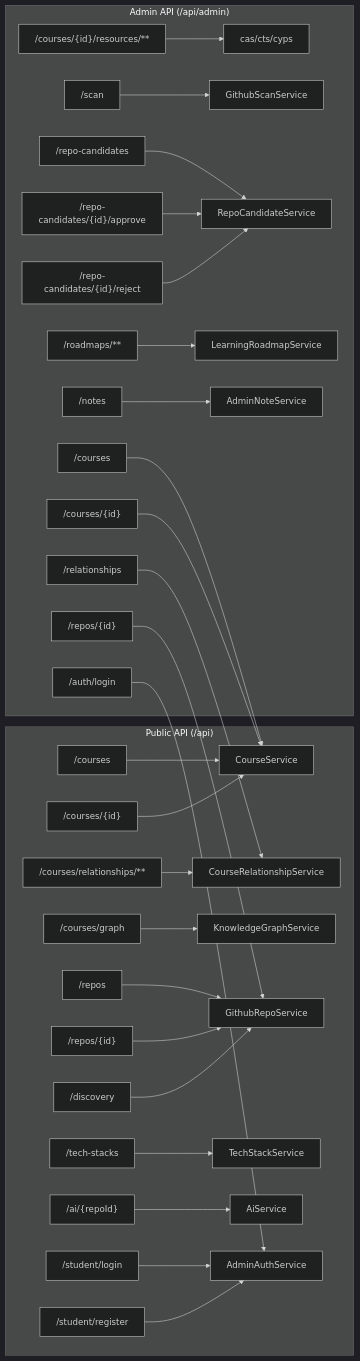
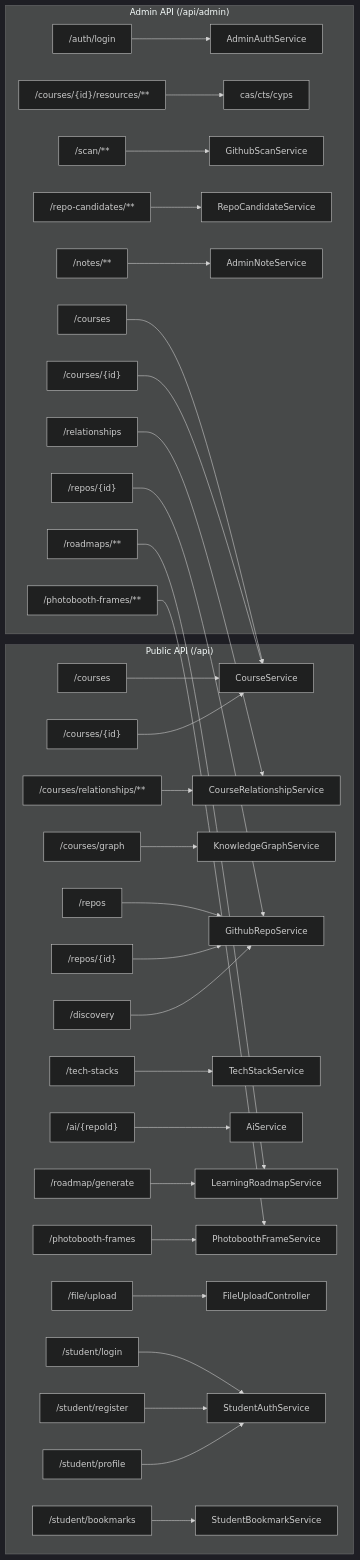
One commit to huyhoang171106/DevOrbit changed the third of 9 diagrams in docs/ARCHITECTURE.md. Above: the diagram before and after it, drawn with Mermaid (dark theme). The commit also changed other lines of this file and 3743 other files, not shown here.

````diff
--- a/docs/ARCHITECTURE.md
+++ b/docs/ARCHITECTURE.md
@@ -167,31 +184,35 @@
 ```mermaid
 graph LR
   subgraph "Public API (/api)"
     pc["/courses"] --> cs[CourseService]
     pc2["/courses/{id}"] --> cs
     pc3["/courses/relationships/**"] --> crs[CourseRelationshipService]
     pc4["/courses/graph"] --> kgs[KnowledgeGraphService]
     prc["/repos"] --> grs[GithubRepoService]
     prc2["/repos/{id}"] --> grs
     ptsc["/tech-stacks"] --> tss[TechStackService]
     pai["/ai/{repoId}"] --> ais[AiService]
     pdc["/discovery"] --> grs
-    sl["/student/login"] --> aas[AdminAuthService]
-    sr["/student/register"] --> aas
+    prd["/roadmap/generate"] --> ls[LearningRoadmapService]
+    ppf["/photobooth-frames"] --> pfs[PhotoboothFrameService]
+    psc["/file/upload"] --> fuc[FileUploadController]
+    sl["/student/login"] --> sas[StudentAuthService]
+    sr["/student/register"] --> sas
+    sb["/student/bookmarks"] --> sbs[StudentBookmarkService]
+    sp["/student/profile"] --> sas
   end
 
   subgraph "Admin API (/api/admin)"
-    aa["/auth/login"] --> aas
+    aa["/auth/login"] --> aas[AdminAuthService]
     ac["/courses"] --> cs
     ac2["/courses/{id}"] --> cs
     acr["/courses/{id}/resources/**"] --> cas/cts/cyps
-    ag["/scan"] --> gss[GithubScanService]
-    agc["/repo-candidates"] --> rcs[RepoCandidateService]
-    agc2["/repo-candidates/{id}/approve"] --> rcs
-    agc3["/repo-candidates/{id}/reject"] --> rcs
+    ag["/scan/**"] --> gss[GithubScanService]
+    agc["/repo-candidates/**"] --> rcs[RepoCandidateService]
     ar["/repos/{id}"] --> grs
     arm["/roadmaps/**"] --> ls[LearningRoadmapService]
     arl["/relationships"] --> crs
-    an["/notes"] --> ans[AdminNoteService]
+    an["/notes/**"] --> ans[AdminNoteService]
+    apf["/photobooth-frames/**"] --> pfs[PhotoboothFrameService]
   end
 ```
````
